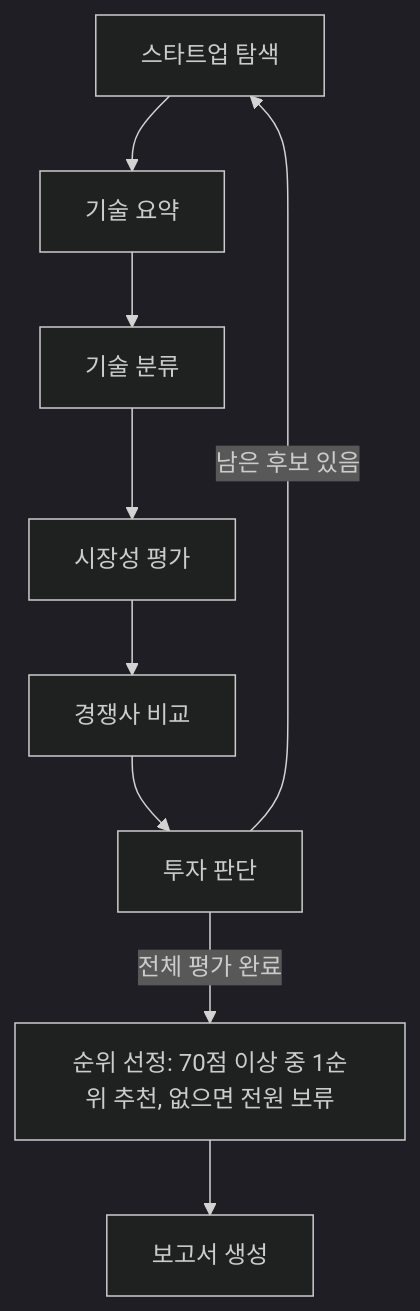
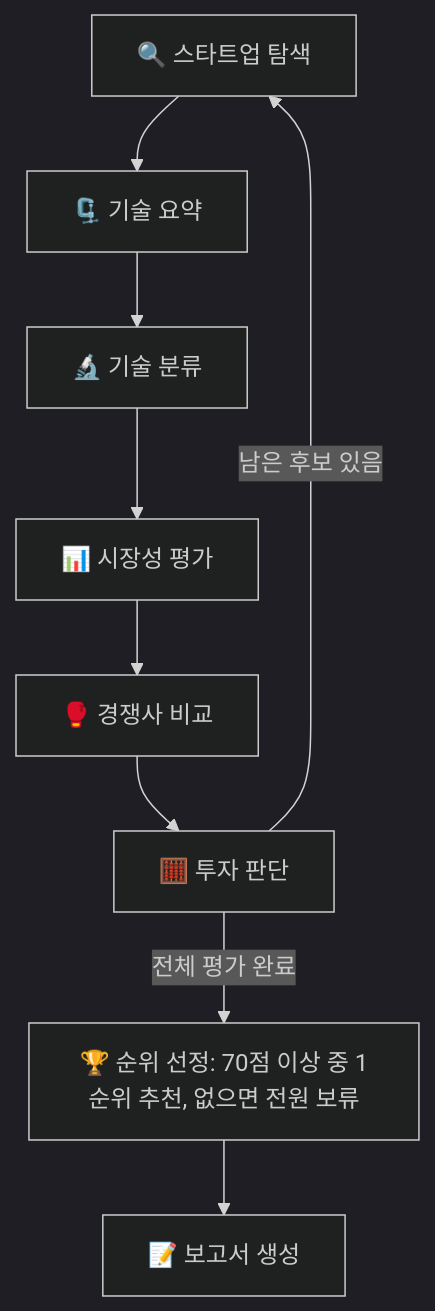
One commit to SKALA-ULSAN-4-3/AI-RAG changed the diagram in README.md. Above: the diagram before and after it, drawn with Mermaid (dark theme). The commit also changed other lines of this file and 10 other files, not shown here.

````diff
--- a/README.md
+++ b/README.md
@@ -43,12 +42,11 @@
 ```mermaid
 graph TD
-    A[스타트업 탐색] --> B[기술 요약]
-    B --> C[기술 분류]
-    C --> D[시장성 평가]
-    D --> E[경쟁사 비교]
-    E --> F[투자 판단]
+    A[🔍 스타트업 탐색] --> B[🗜️ 기술 요약]
+    B --> C[🔬 기술 분류]
+    C --> D[📊 시장성 평가]
+    D --> E[🥊 경쟁사 비교]
+    E --> F[🧮 투자 판단]
     F -->|남은 후보 있음| A
-    F -->|전체 평가 완료| H[순위 선정: 70점 이상 중 1순위 추천, 없으면 전원 보류]
-    H --> G[보고서 생성]
-
+    F -->|전체 평가 완료| H[🏆 순위 선정: 70점 이상 중 1순위 추천, 없으면 전원 보류]
+    H --> G[📝 보고서 생성]
 ```
````
